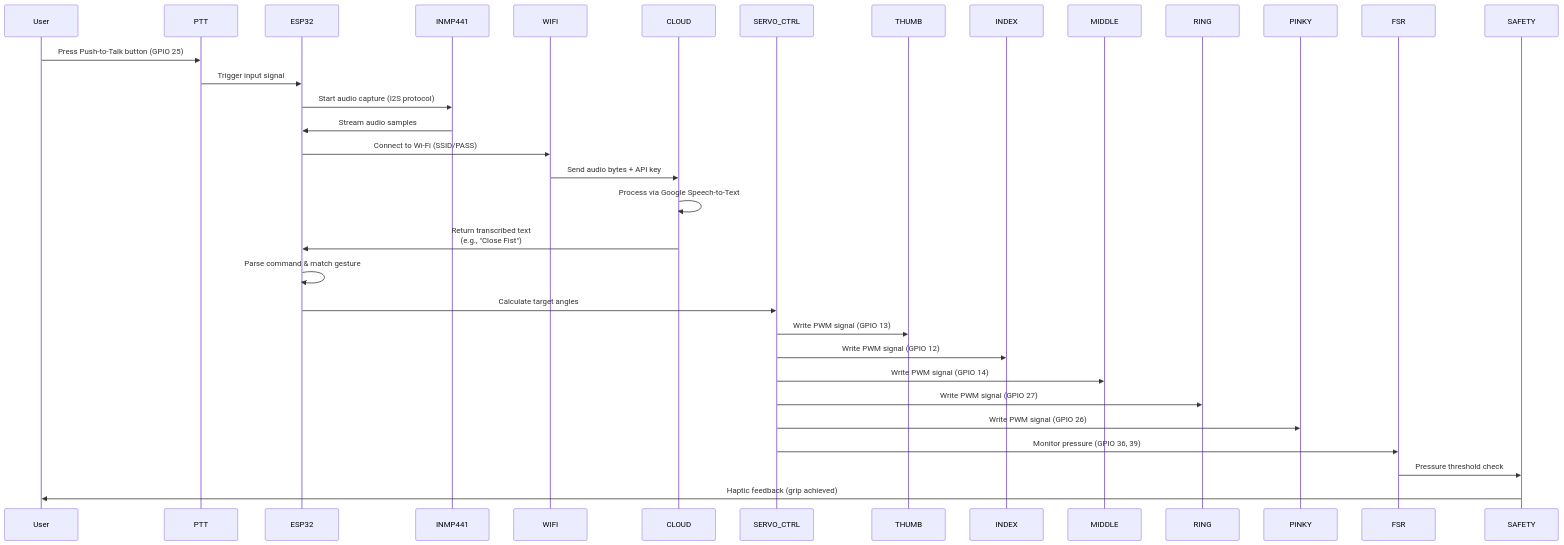
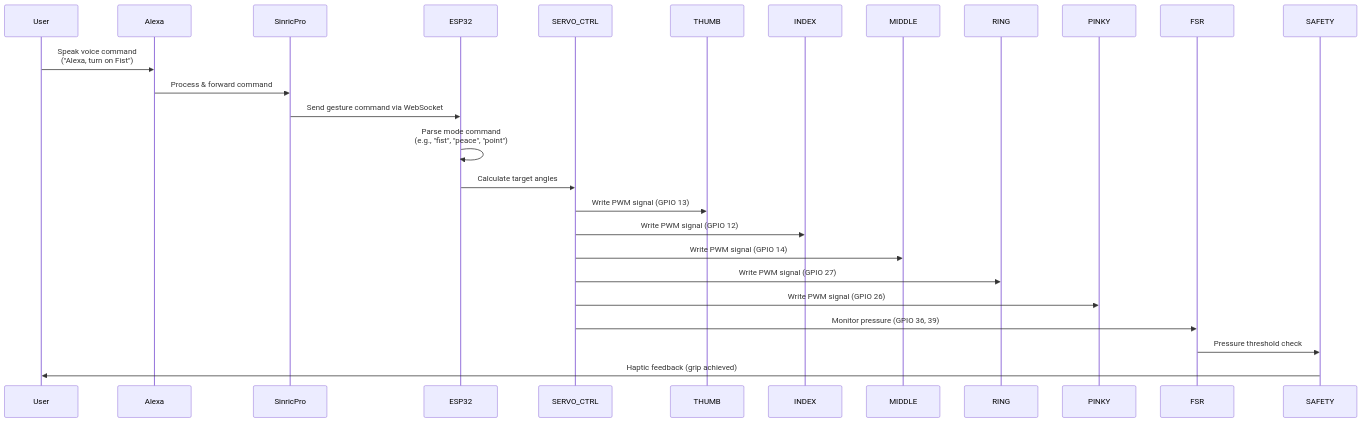
The third of 4 diagrams in README.md (harshitt13/Krtrimahastah), drawn with Mermaid before and after one commit. The commit also changed other lines of this file and 2 other files, not shown here.

````diff
--- a/README.md
+++ b/README.md
@@ -235,21 +228,16 @@
 ```mermaid
 sequenceDiagram
-    User->>PTT: Press Push-to-Talk button (GPIO 25)
-    PTT->>ESP32: Trigger input signal
-    ESP32->>INMP441: Start audio capture (I2S protocol)
-    INMP441->>ESP32: Stream audio samples
-    ESP32->>WIFI: Connect to Wi-Fi (SSID/PASS)
-    WIFI->>CLOUD: Send audio bytes + API key
-    CLOUD->>CLOUD: Process via Google Speech-to-Text
-    CLOUD->>ESP32: Return transcribed text<br/>(e.g., "Close Fist")
-    ESP32->>ESP32: Parse command & match gesture
+    User->>Alexa: Speak voice command<br/>("Alexa, turn on Fist")
+    Alexa->>SinricPro: Process & forward command
+    SinricPro->>ESP32: Send gesture command via WebSocket
+    ESP32->>ESP32: Parse mode command<br/>(e.g., "fist", "peace", "point")
     ESP32->>SERVO_CTRL: Calculate target angles
     SERVO_CTRL->>THUMB: Write PWM signal (GPIO 13)
     SERVO_CTRL->>INDEX: Write PWM signal (GPIO 12)
     SERVO_CTRL->>MIDDLE: Write PWM signal (GPIO 14)
     SERVO_CTRL->>RING: Write PWM signal (GPIO 27)
     SERVO_CTRL->>PINKY: Write PWM signal (GPIO 26)
     SERVO_CTRL->>FSR: Monitor pressure (GPIO 36, 39)
     FSR->>SAFETY: Pressure threshold check
     SAFETY->>User: Haptic feedback (grip achieved)
 ```
````
